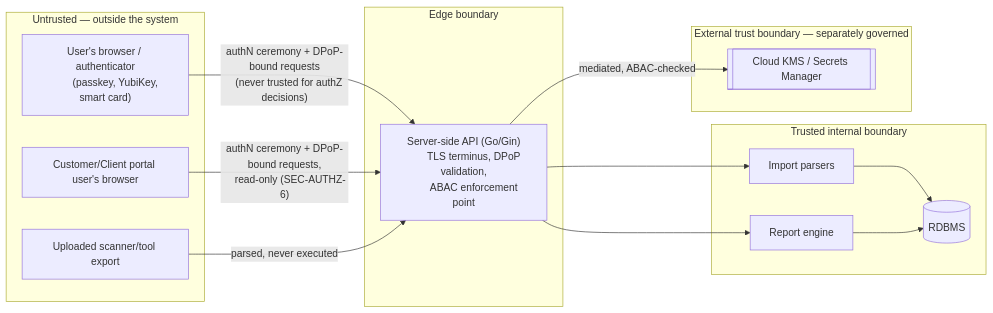
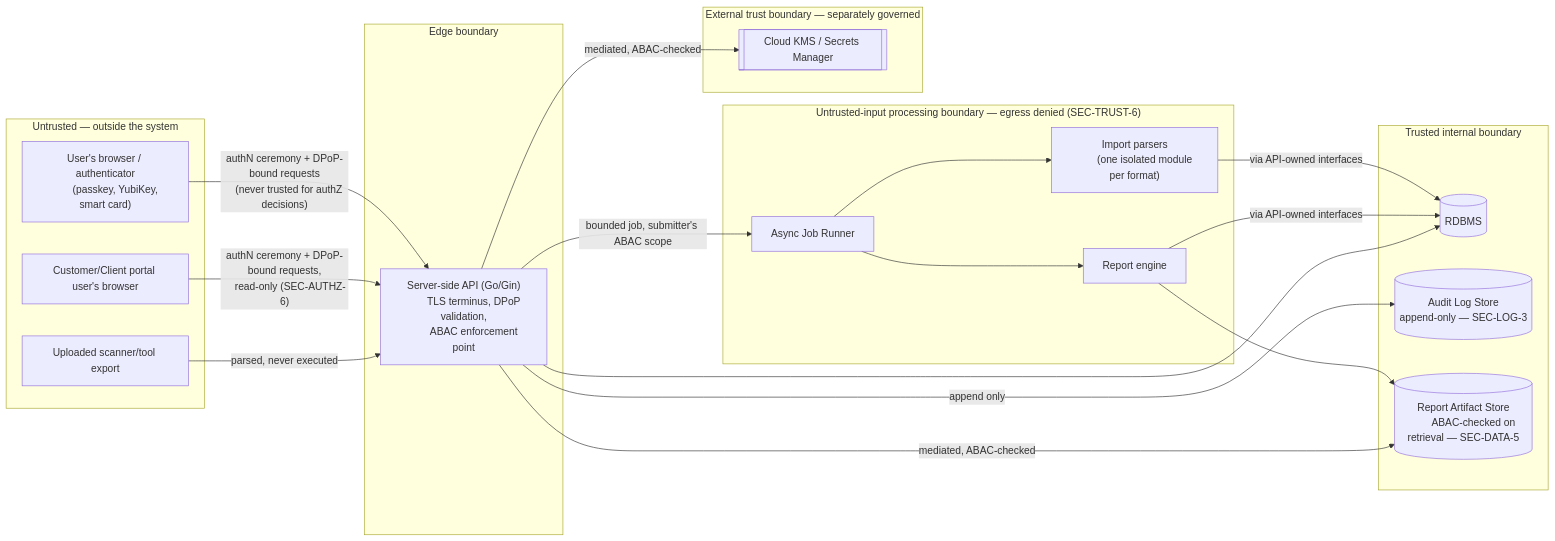
Before and after one commit to jmanico/reporTool: the fourth of 4 diagrams in ARCHITECTURE.md, drawn with Mermaid. The commit also changed other lines of this file and 3 other files, not shown here.

````diff
--- a/ARCHITECTURE.md
+++ b/ARCHITECTURE.md
@@ -197,36 +220,52 @@
 ```mermaid
 graph LR
     subgraph untrusted["Untrusted — outside the system"]
         browser["User's browser / authenticator
         (passkey, YubiKey, smart card)"]
         clientbrowser["Customer/Client portal user's browser"]
         toolfile["Uploaded scanner/tool export"]
     end
 
     subgraph edge["Edge boundary"]
         api["Server-side API (Go/Gin)
         TLS terminus, DPoP validation,
         ABAC enforcement point"]
     end
 
     subgraph trusted["Trusted internal boundary"]
         db[("RDBMS")]
-        importer["Import parsers"]
+        audit[("Audit Log Store
+        append-only — SEC-LOG-3")]
+        artifacts[("Report Artifact Store
+        ABAC-checked on retrieval — SEC-DATA-5")]
+    end
+
+    subgraph sandbox["Untrusted-input processing boundary — egress denied (SEC-TRUST-6)"]
+        jobs["Async Job Runner"]
+        importer["Import parsers
+        (one isolated module per format)"]
         rpt["Report engine"]
     end
 
     subgraph external["External trust boundary — separately governed"]
         kms[["Cloud KMS / Secrets Manager"]]
     end
 
     browser -->|"authN ceremony + DPoP-bound requests
     (never trusted for authZ decisions)"| api
     clientbrowser -->|"authN ceremony + DPoP-bound requests,
     read-only (SEC-AUTHZ-6)"| api
     toolfile -->|"parsed, never executed"| api
-    api --> importer --> db
-    api --> rpt --> db
+    api -->|"bounded job, submitter's ABAC scope"| jobs
+    jobs --> importer
+    jobs --> rpt
+    importer -->|"via API-owned interfaces"| db
+    rpt -->|"via API-owned interfaces"| db
+    rpt --> artifacts
+    api --> db
+    api -->|"append only"| audit
+    api -->|"mediated, ABAC-checked"| artifacts
     api -->|"mediated, ABAC-checked"| kms
 
     classDef boundary fill:none,stroke-dasharray: 2 2;
 ```
````
